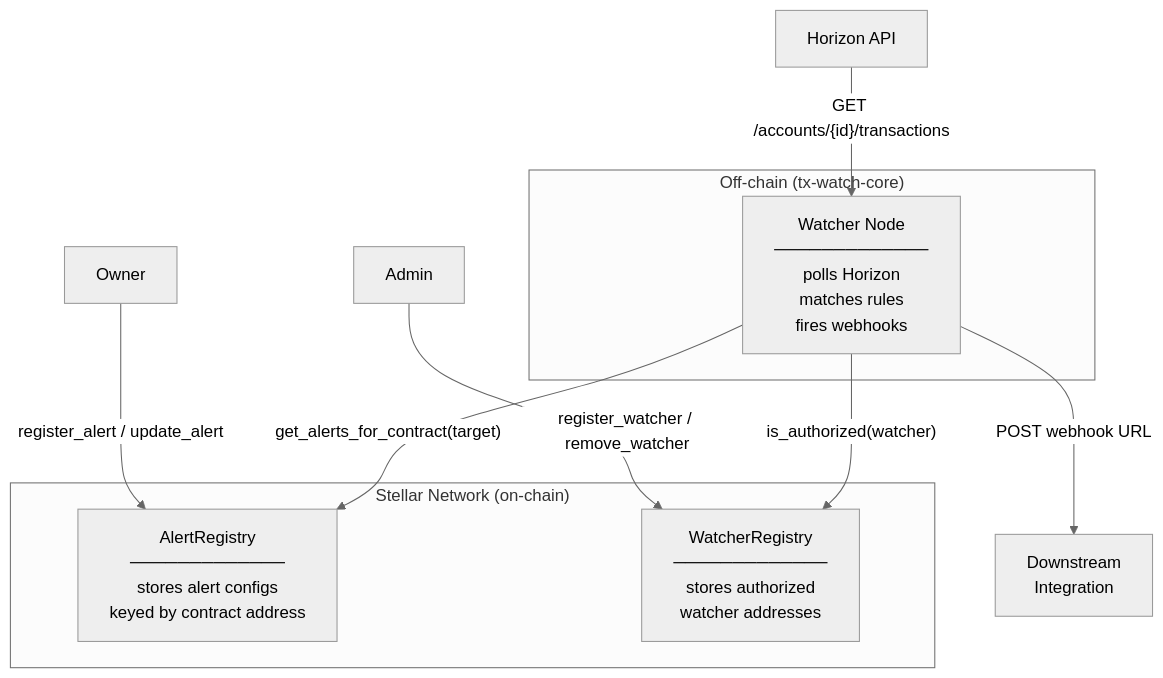
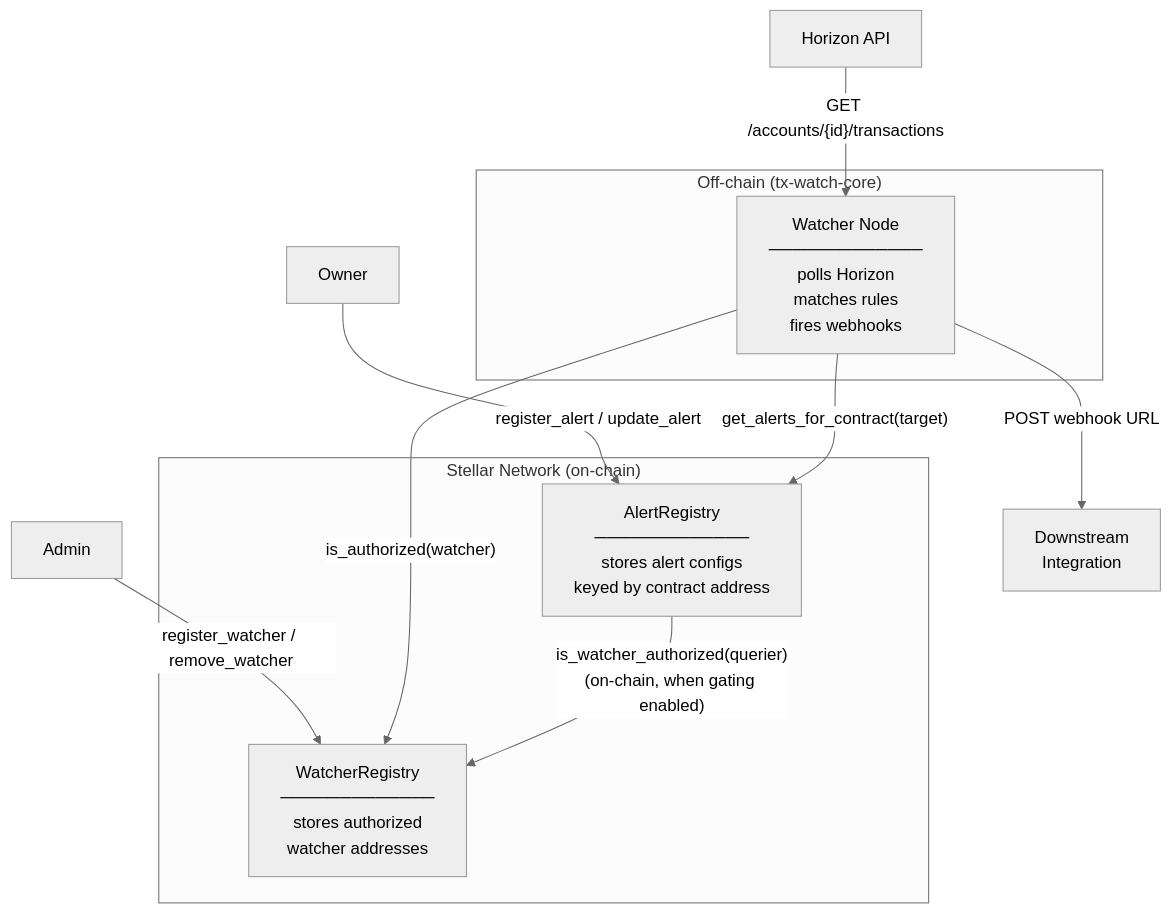
One commit to Tx-wats/contracts changed the diagram in README.md. Above: the diagram before and after it, drawn with Mermaid (neutral theme). The commit also changed other lines of this file, not shown here.

First line of the commit message:
docs: show the AlertRegistry → WatcherRegistry cross-contract call in the architecture diagram

````diff
--- a/README.md
+++ b/README.md
@@ -46,19 +46,20 @@
 ```mermaid
 flowchart TD
     subgraph Stellar["Stellar Network (on-chain)"]
         AR["AlertRegistry\n─────────────\nstores alert configs\nkeyed by contract address"]
         WR["WatcherRegistry\n─────────────\nstores authorized\nwatcher addresses"]
     end
 
     subgraph OffChain["Off-chain (tx-watch-core)"]
         W["Watcher Node\n─────────────\npolls Horizon\nmatches rules\nfires webhooks"]
     end
 
     Owner["Owner"] -->|"register_alert / update_alert"| AR
     Admin["Admin"] -->|"register_watcher / remove_watcher"| WR
 
     W -->|"is_authorized(watcher)"| WR
     W -->|"get_alerts_for_contract(target)"| AR
+    AR -->|"is_watcher_authorized(querier)\n(on-chain, when gating enabled)"| WR
     Horizon["Horizon API"] -->|"GET /accounts/{id}/transactions"| W
     W -->|"POST webhook URL"| Endpoint["Downstream\nIntegration"]
 ```
````
